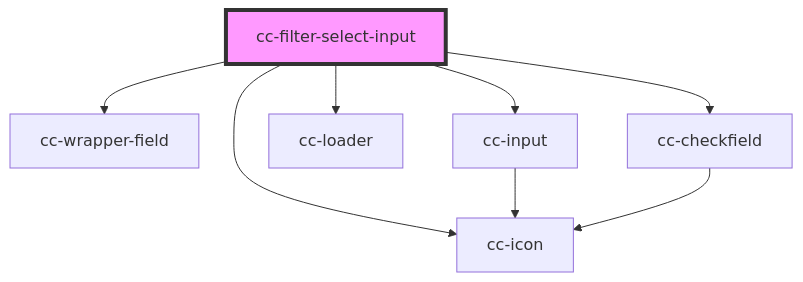
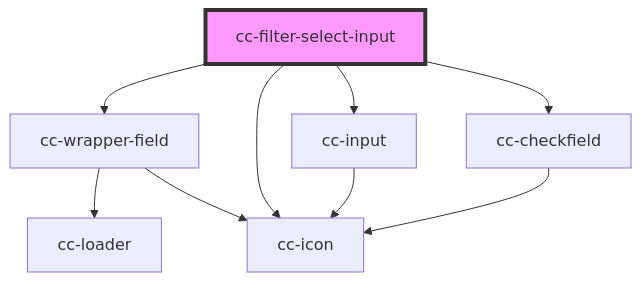
The diagram in packages/core/src/components/cc-filter-select-input/readme.md (lacafetalab/cafeta-components), drawn with Mermaid before and after one commit. The commit also changed other lines of this file and 12 other files, not shown here.

Commit message:
chore() adding helpter text on cc-single-select-input , cc-filter-select-input

````diff
--- a/packages/core/src/components/cc-filter-select-input/readme.md
+++ b/packages/core/src/components/cc-filter-select-input/readme.md
@@ -47,11 +47,12 @@
 ```mermaid
 graph TD;
   cc-filter-select-input --> cc-wrapper-field
   cc-filter-select-input --> cc-icon
   cc-filter-select-input --> cc-input
-  cc-filter-select-input --> cc-loader
   cc-filter-select-input --> cc-checkfield
+  cc-wrapper-field --> cc-loader
+  cc-wrapper-field --> cc-icon
   cc-input --> cc-icon
   cc-checkfield --> cc-icon
   style cc-filter-select-input fill:#f9f,stroke:#333,stroke-width:4px
 ```
````
